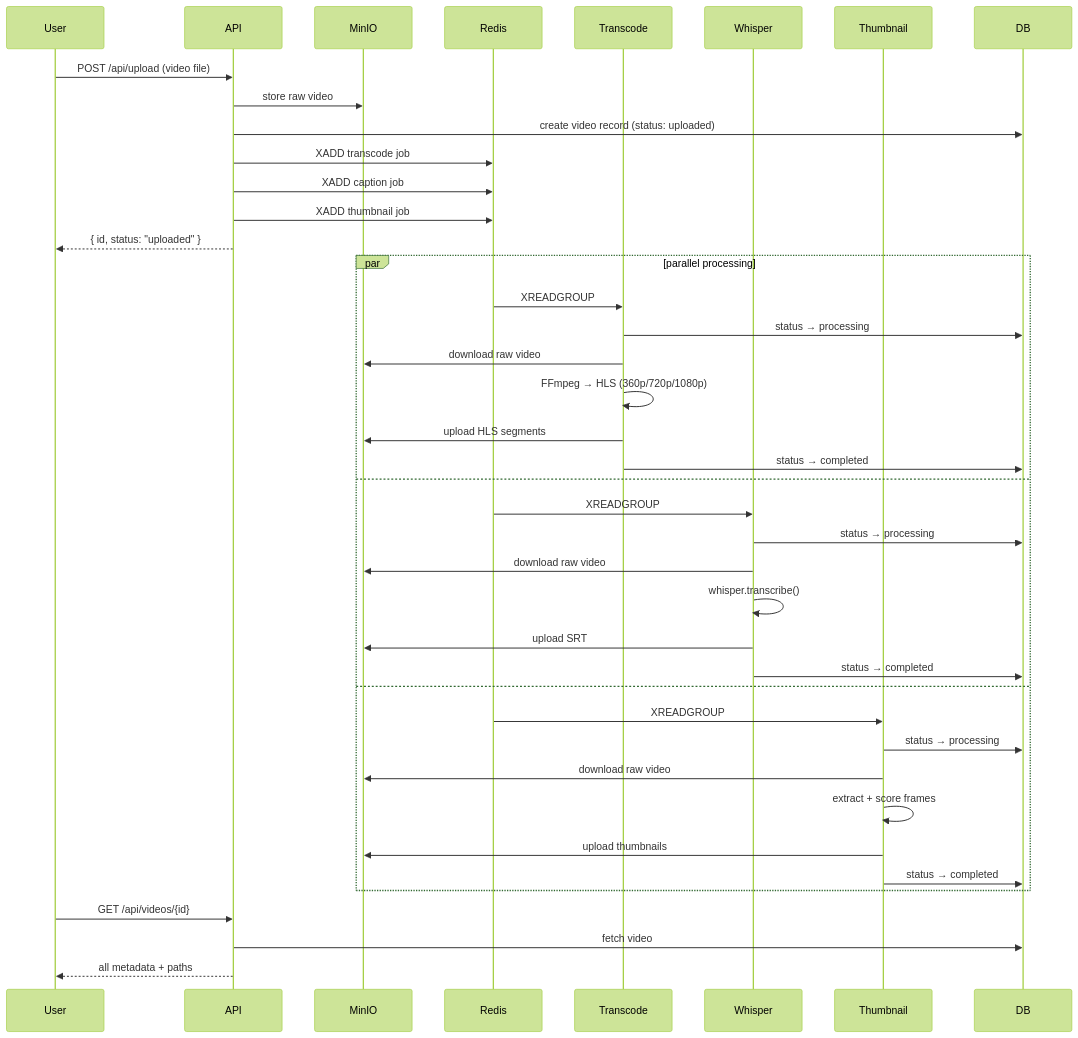
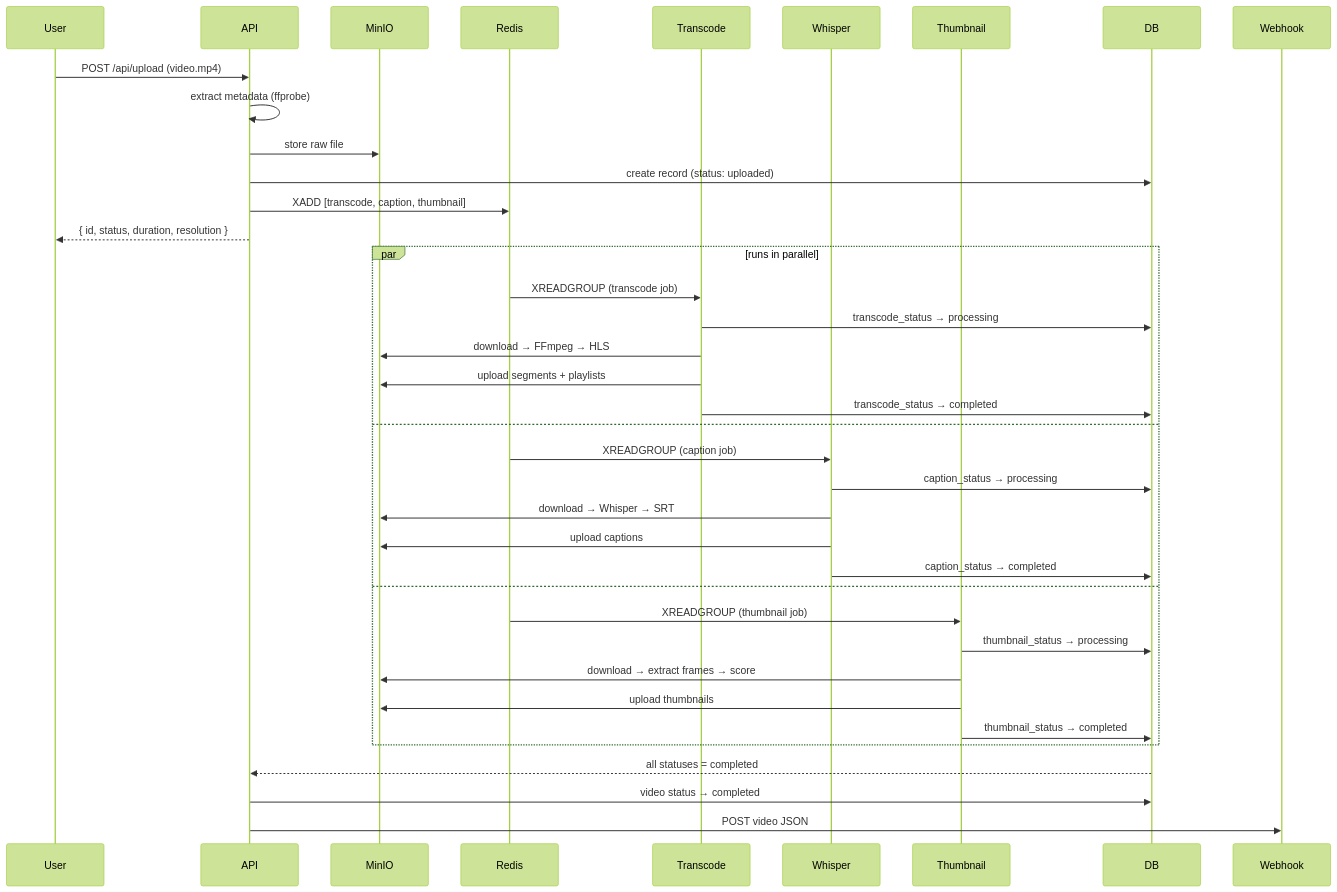
The second of 2 diagrams in README.md (Nixxx19/vidpipe), drawn with Mermaid (forest theme) before and after one commit. The commit also changed other lines of this file and 6 other files, not shown here.

````diff
--- a/README.md
+++ b/README.md
@@ -189,46 +177,43 @@
 ```mermaid
 sequenceDiagram
     participant User
     participant API
     participant MinIO
     participant Redis
     participant Transcode
     participant Whisper
     participant Thumbnail
     participant DB
+    participant Webhook
 
-    User->>API: POST /api/upload (video file)
-    API->>MinIO: store raw video
-    API->>DB: create video record (status: uploaded)
-    API->>Redis: XADD transcode job
-    API->>Redis: XADD caption job
-    API->>Redis: XADD thumbnail job
-    API-->>User: { id, status: "uploaded" }
+    User->>API: POST /api/upload (video.mp4)
+    API->>API: extract metadata (ffprobe)
+    API->>MinIO: store raw file
+    API->>DB: create record (status: uploaded)
+    API->>Redis: XADD [transcode, caption, thumbnail]
+    API-->>User: { id, status, duration, resolution }
 
-    par parallel processing
-        Redis->>Transcode: XREADGROUP
-        Transcode->>DB: status → processing
-        Transcode->>MinIO: download raw video
-        Transcode->>Transcode: FFmpeg → HLS (360p/720p/1080p)
-        Transcode->>MinIO: upload HLS segments
-        Transcode->>DB: status → completed
+    par runs in parallel
+        Redis->>Transcode: XREADGROUP (transcode job)
+        Transcode->>DB: transcode_status → processing
+        Transcode->>MinIO: download → FFmpeg → HLS
+        Transcode->>MinIO: upload segments + playlists
+        Transcode->>DB: transcode_status → completed
     and
-        Redis->>Whisper: XREADGROUP
-        Whisper->>DB: status → processing
-        Whisper->>MinIO: download raw video
-        Whisper->>Whisper: whisper.transcribe()
-        Whisper->>MinIO: upload SRT
-        Whisper->>DB: status → completed
+        Redis->>Whisper: XREADGROUP (caption job)
+        Whisper->>DB: caption_status → processing
+        Whisper->>MinIO: download → Whisper → SRT
+        Whisper->>MinIO: upload captions
+        Whisper->>DB: caption_status → completed
     and
-        Redis->>Thumbnail: XREADGROUP
-        Thumbnail->>DB: status → processing
-        Thumbnail->>MinIO: download raw video
-        Thumbnail->>Thumbnail: extract + score frames
+        Redis->>Thumbnail: XREADGROUP (thumbnail job)
+        Thumbnail->>DB: thumbnail_status → processing
+        Thumbnail->>MinIO: download → extract frames → score
         Thumbnail->>MinIO: upload thumbnails
-        Thumbnail->>DB: status → completed
+        Thumbnail->>DB: thumbnail_status → completed
     end
 
-    User->>API: GET /api/videos/{id}
-    API->>DB: fetch video
-    API-->>User: all metadata + paths
+    DB-->>API: all statuses = completed
+    API->>DB: video status → completed
+    API->>Webhook: POST video JSON
 ```
````
